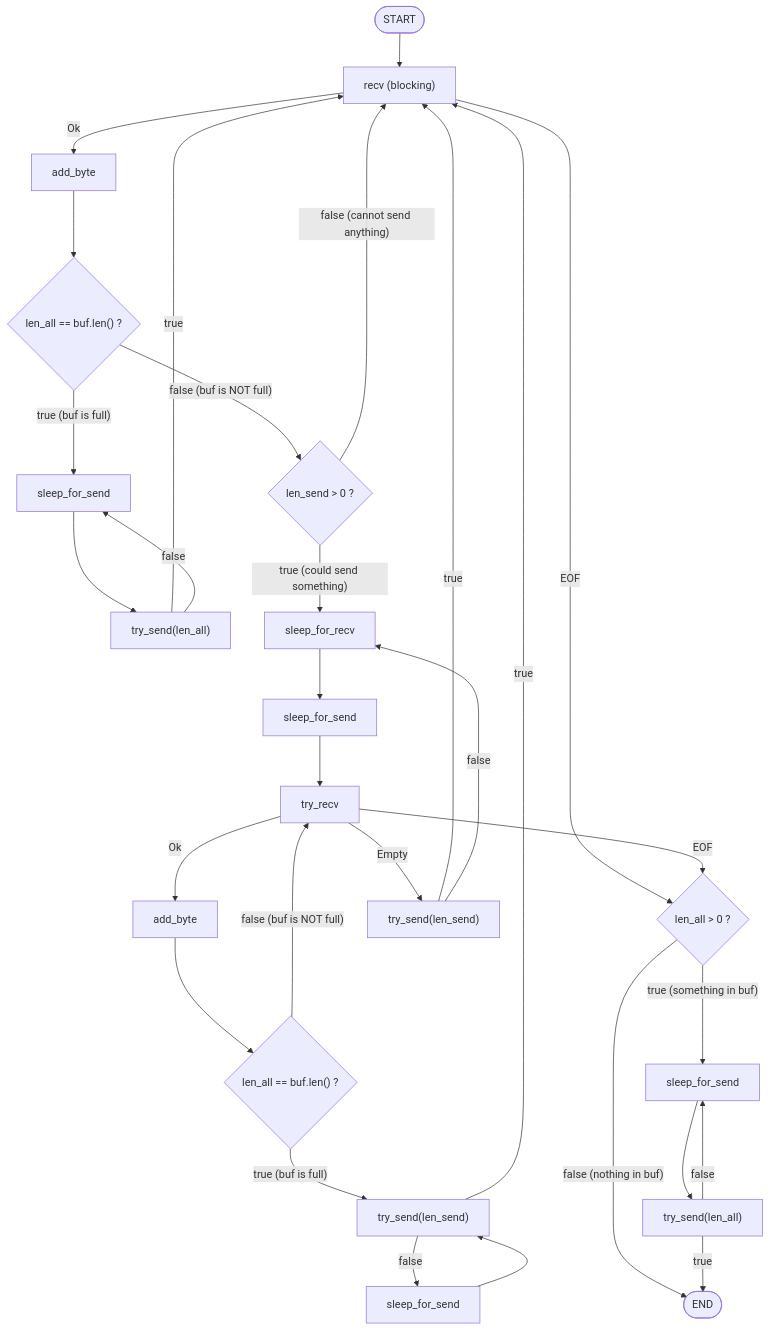
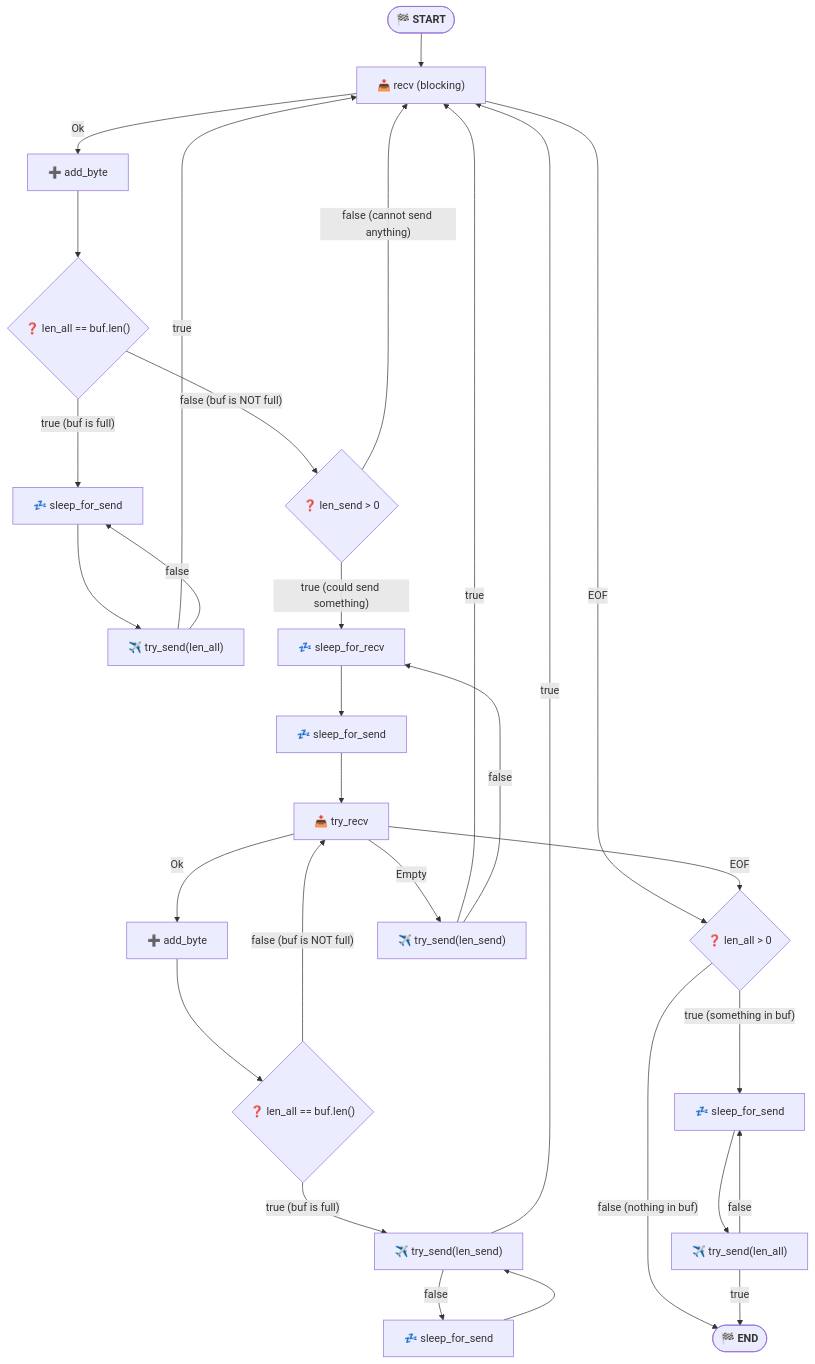
One commit to dmotte/msgbuf changed the second of 2 diagrams in README.md. Above: the diagram before and after it, drawn with Mermaid.

Commit message:
style(README): add emojis to Mermaid flowchart

````diff
--- a/README.md
+++ b/README.md
@@ -72,60 +72,61 @@
 ```mermaid
 flowchart TD
-    Start([START])
-    Start --> recvBlocking
+    Start([#127937; <b>START</b>]) --> recvBlocking
 
-    recvBlocking["recv (blocking)"]
-    recvBlocking -- Ok --> addByteBlocking[add_byte] --> chkFullBlocking
+    recvBlocking["#128229; recv (blocking)"]
+    recvBlocking -- Ok --> addByteBlocking
     recvBlocking -- EOF --> chkLenAll
 
-    chkFullBlocking{"len_all == buf.len() ?"}
+    addByteBlocking[#10133; add_byte] --> chkFullBlocking
+
+    chkFullBlocking{"#10067; len_all == buf.len()"}
     chkFullBlocking -- "true (buf is full)" --> sleepSendLenAllAsFull
     chkFullBlocking -- "false (buf is NOT full)" --> chkLenSend
 
-    sleepSendLenAllAsFull[sleep_for_send]
-    sleepSendLenAllAsFull --> sendLenAllAsFull
+    sleepSendLenAllAsFull[#128164; sleep_for_send] --> sendLenAllAsFull
 
-    sendLenAllAsFull["try_send(len_all)"]
+    sendLenAllAsFull["#9992;#65039; try_send(len_all)"]
     sendLenAllAsFull -- true --> recvBlocking
     sendLenAllAsFull -- false --> sleepSendLenAllAsFull
 
-    chkLenSend{"len_send > 0 ?"}
+    chkLenSend{"#10067; len_send > 0"}
     chkLenSend -- "true (could send something)" --> sleepMinRecvTime
     chkLenSend -- "false (cannot send anything)" --> recvBlocking
 
-    sleepMinRecvTime[sleep_for_recv]
-    sleepMinRecvTime --> sleepRecvPolling[sleep_for_send] --> recvPolling
+    sleepMinRecvTime[#128164; sleep_for_recv] --> sleepRecvPolling
 
-    recvPolling[try_recv]
-    recvPolling -- Ok --> addBytePolling[add_byte] --> chkFullPolling
+    sleepRecvPolling[#128164; sleep_for_send] --> recvPolling
+
+    recvPolling[#128229; try_recv]
+    recvPolling -- Ok --> addBytePolling
     recvPolling -- Empty --> sendLenSendAsPollingEmpty
     recvPolling -- EOF --> chkLenAll
 
-    chkFullPolling{"len_all == buf.len() ?"}
+    addBytePolling[#10133; add_byte] --> chkFullPolling
+
+    chkFullPolling{"#10067; len_all == buf.len()"}
     chkFullPolling -- "true (buf is full)" --> sendLenSendAsFull
     chkFullPolling -- "false (buf is NOT full)" --> recvPolling
 
-    sendLenSendAsFull["try_send(len_send)"]
+    sendLenSendAsFull["#9992;#65039; try_send(len_send)"]
     sendLenSendAsFull -- true --> recvBlocking
     sendLenSendAsFull -- false --> sleepSendLenSendAsFull
 
-    sleepSendLenSendAsFull[sleep_for_send]
-    sleepSendLenSendAsFull --> sendLenSendAsFull
+    sleepSendLenSendAsFull[#128164; sleep_for_send] --> sendLenSendAsFull
 
-    sendLenSendAsPollingEmpty["try_send(len_send)"]
+    sendLenSendAsPollingEmpty["#9992;#65039; try_send(len_send)"]
     sendLenSendAsPollingEmpty -- true --> recvBlocking
     sendLenSendAsPollingEmpty -- false --> sleepMinRecvTime
 
-    chkLenAll{"len_all > 0 ?"}
+    chkLenAll{"#10067; len_all > 0"}
     chkLenAll -- "true (something in buf)" --> sleepSendLenAllAsEOF
     chkLenAll -- "false (nothing in buf)" --> End
 
-    sleepSendLenAllAsEOF[sleep_for_send]
-    sleepSendLenAllAsEOF --> sendLenAllAsEOF
+    sleepSendLenAllAsEOF[#128164; sleep_for_send] --> sendLenAllAsEOF
 
-    sendLenAllAsEOF["try_send(len_all)"]
+    sendLenAllAsEOF["#9992;#65039; try_send(len_all)"]
     sendLenAllAsEOF -- true --> End
     sendLenAllAsEOF -- false --> sleepSendLenAllAsEOF
 
-    End([END])
+    End([#127937; <b>END</b>])
 ```
````
